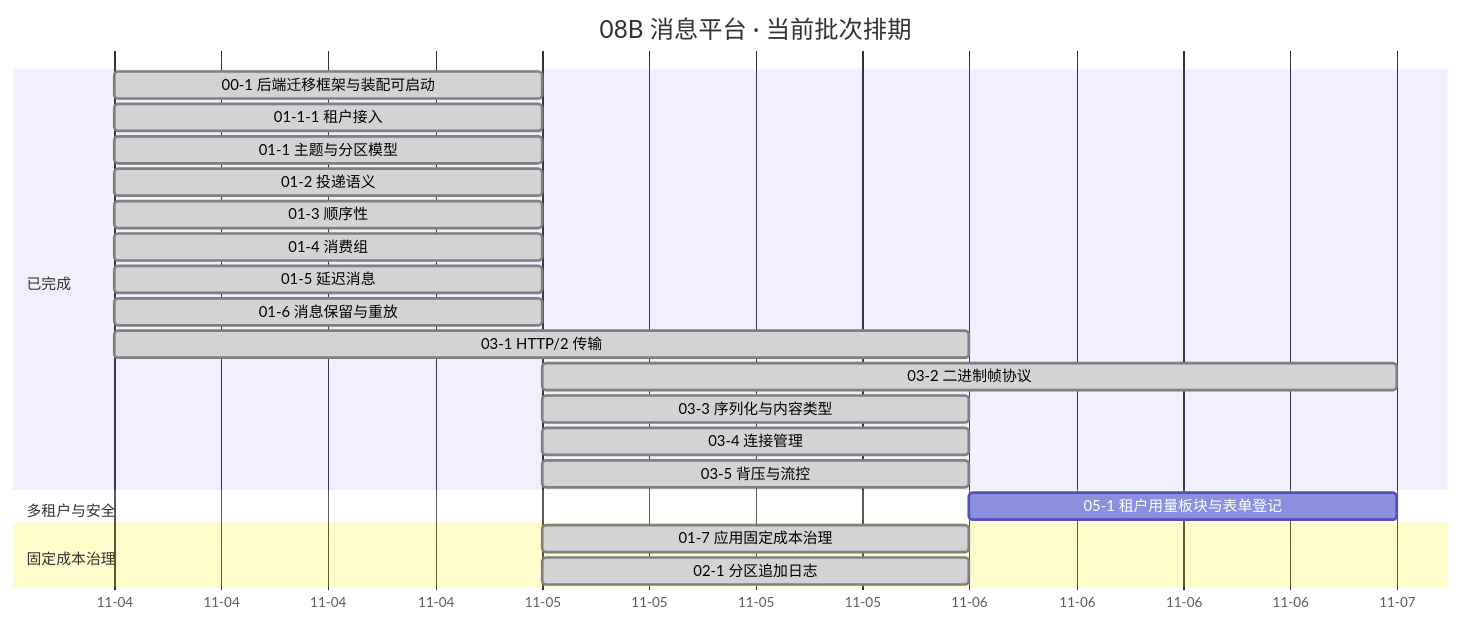
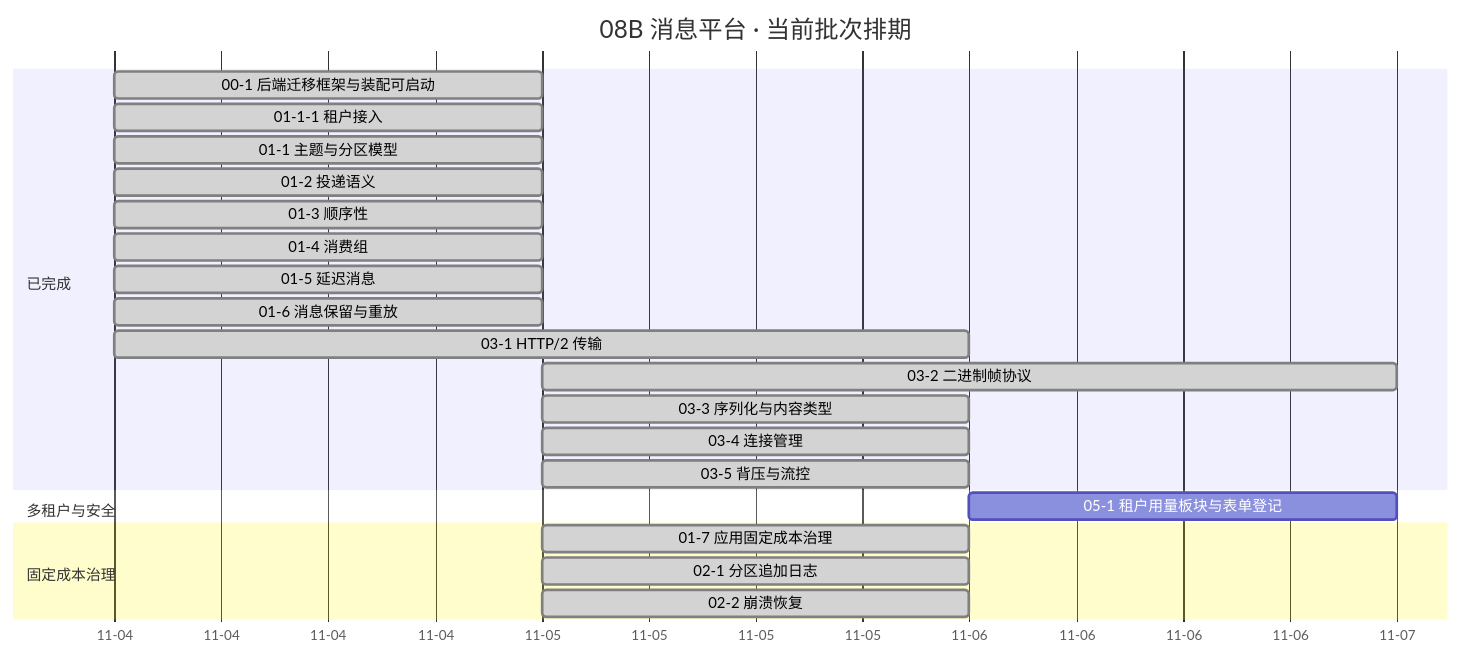
The diagram in msg文档/项目/08B_消息平台/计划/01_计划_消息平台.md (minjian123/message-platform), drawn with Mermaid before and after one commit. The commit also changed other lines of this file and 4 other files, not shown here.

````diff
--- a/msg文档/项目/08B_消息平台/计划/01_计划_消息平台.md
+++ b/msg文档/项目/08B_消息平台/计划/01_计划_消息平台.md
@@ -73,26 +73,27 @@
 ```mermaid
 gantt
     title 08B 消息平台 · 当前批次排期
     %% 任务域 02：02-1/02-2/02-3/02-6/02-7 待排期、02-4/02-5 搁置（待 8B_05）；任务域 04：04-1~04-6 搁置（待 8B_02 收口）；均不入甘特
     dateFormat YYYY-MM-DD
     axisFormat %m-%d
     section 已完成
     00-1 后端迁移框架与装配可启动 :done, d001, 2026-11-04, 1d
     01-1-1 租户接入 :done, d0111, 2026-11-04, 1d
     01-1 主题与分区模型 :done, t011, 2026-11-04, 1d
     01-2 投递语义 :done, t012, 2026-11-04, 1d
     01-3 顺序性 :done, t013, 2026-11-04, 1d
     01-4 消费组 :done, t014, 2026-11-04, 1d
     01-5 延迟消息 :done, t015, 2026-11-04, 1d
     01-6 消息保留与重放 :done, t016, 2026-11-04, 1d
     03-1 HTTP/2 传输 :done, t031, 2026-11-04, 2d
     03-2 二进制帧协议 :done, t032, 2026-11-05, 2d
     03-3 序列化与内容类型 :done, t033, 2026-11-05, 1d
     03-4 连接管理 :done, t034, 2026-11-05, 1d
     03-5 背压与流控 :done, t035, 2026-11-05, 1d
     section 多租户与安全
     05-1 租户用量板块与表单登记 :t051, after t035, 1d
     section 固定成本治理
     01-7 应用固定成本治理 :done, t017, 2026-11-05, 1d
     02-1 分区追加日志 :done, t021, 2026-11-05, 1d
+    02-2 崩溃恢复 :done, t022, 2026-11-05, 1d
 ```
````
